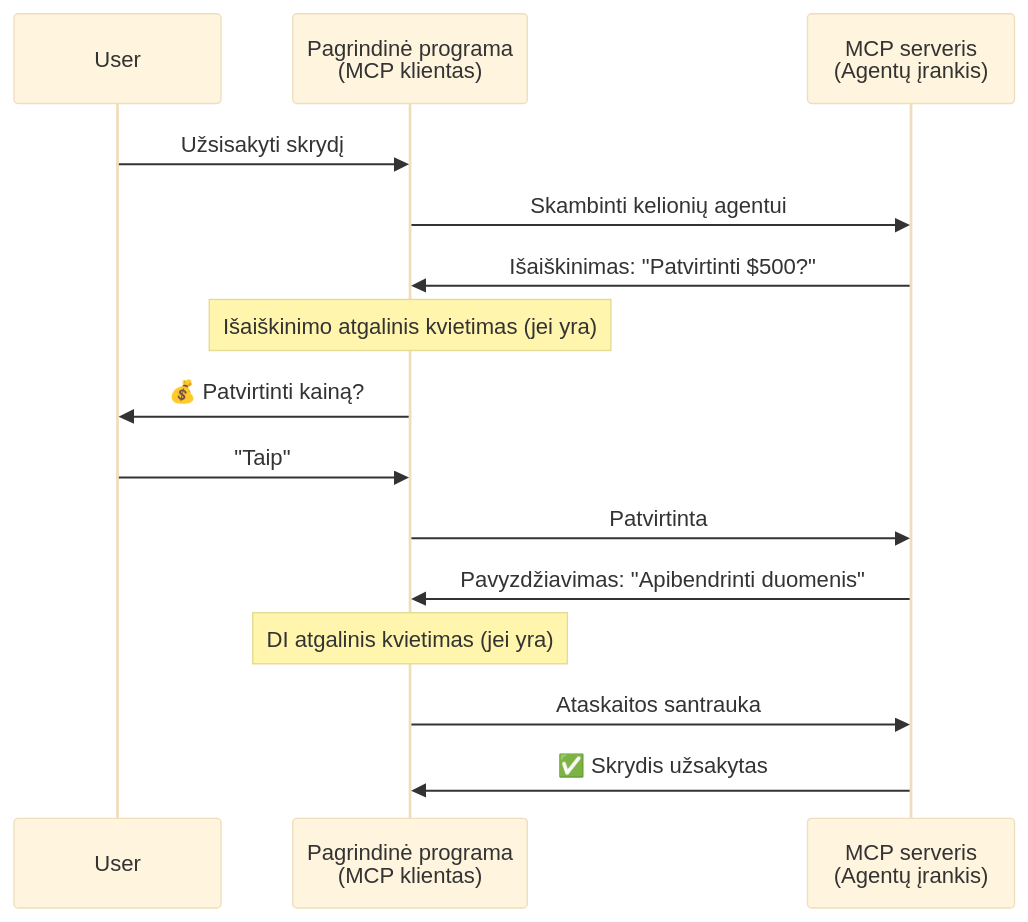
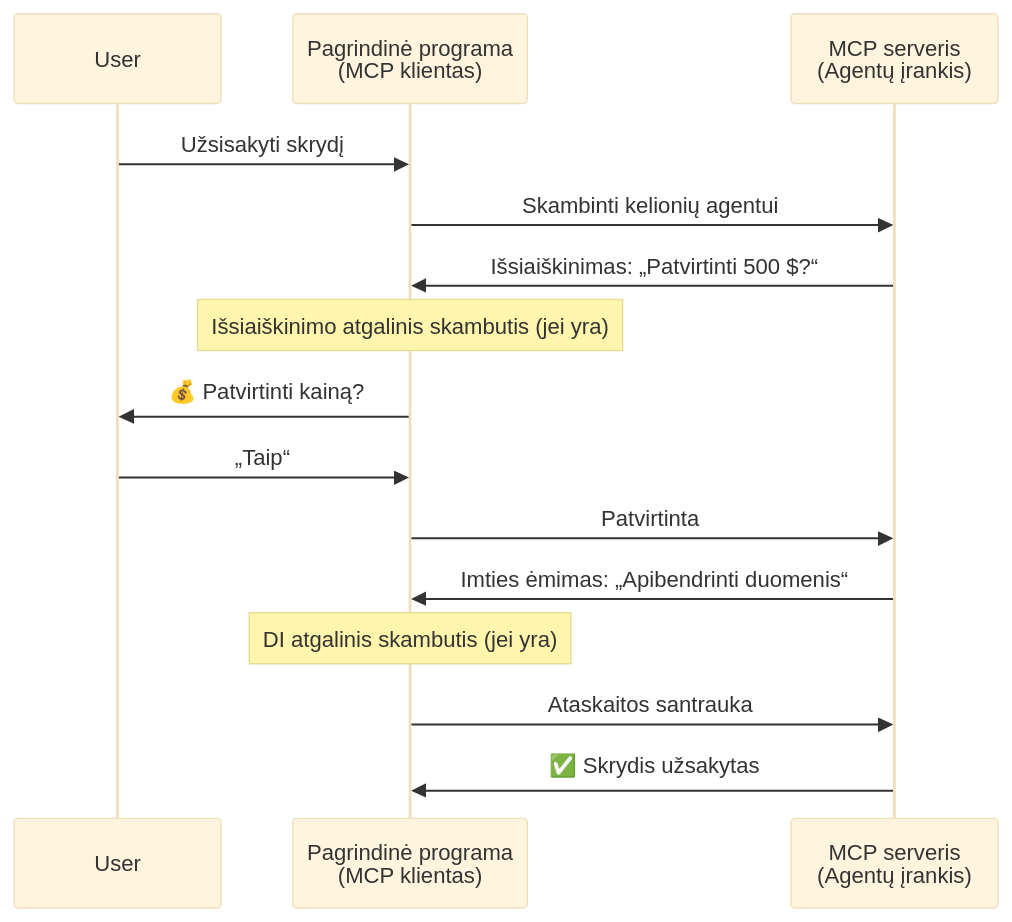
One commit to gabrielmoreira/agent-skills-mirror changed the fourth of 5 diagrams in mirrors/repos/microsoft@ai-agents-for-beginners/translations/lt/11-agentic-protocols/code_samples/mcp-agents/README.md. Above: the diagram before and after it, drawn with Mermaid (base theme). The commit also changed other lines of this file and 4262 other files, not shown here.

````diff
--- a/mirrors/repos/microsoft@ai-agents-for-beginners/translations/lt/11-agentic-protocols/code_samples/mcp-agents/README.md
+++ b/mirrors/repos/microsoft@ai-agents-for-beginners/translations/lt/11-agentic-protocols/code_samples/mcp-agents/README.md
@@ -163,21 +163,21 @@
 ```mermaid
 sequenceDiagram
     participant User
     participant Host as Pagrindinė programa<br/>(MCP klientas)
     participant Server as MCP serveris<br/>(Agentų įrankis)
 
     User->>Host: Užsisakyti skrydį
     Host->>Server: Skambinti kelionių agentui
 
-    Server->>Host: Išaiškinimas: "Patvirtinti $500?"
-    Note over Host: Išaiškinimo atgalinis kvietimas (jei yra)
+    Server->>Host: Išsiaiškinimas: „Patvirtinti 500 $?“
+    Note over Host: Išsiaiškinimo atgalinis skambutis (jei yra)
     Host->>User: 💰 Patvirtinti kainą?
-    User->>Host: "Taip"
+    User->>Host: „Taip“
     Host->>Server: Patvirtinta
 
-    Server->>Host: Pavyzdžiavimas: "Apibendrinti duomenis"
-    Note over Host: DI atgalinis kvietimas (jei yra)
+    Server->>Host: Imties ėmimas: „Apibendrinti duomenis“
+    Note over Host: DI atgalinis skambutis (jei yra)
     Host->>Server: Ataskaitos santrauka
 
     Server->>Host: ✅ Skrydis užsakytas
 ```
````
